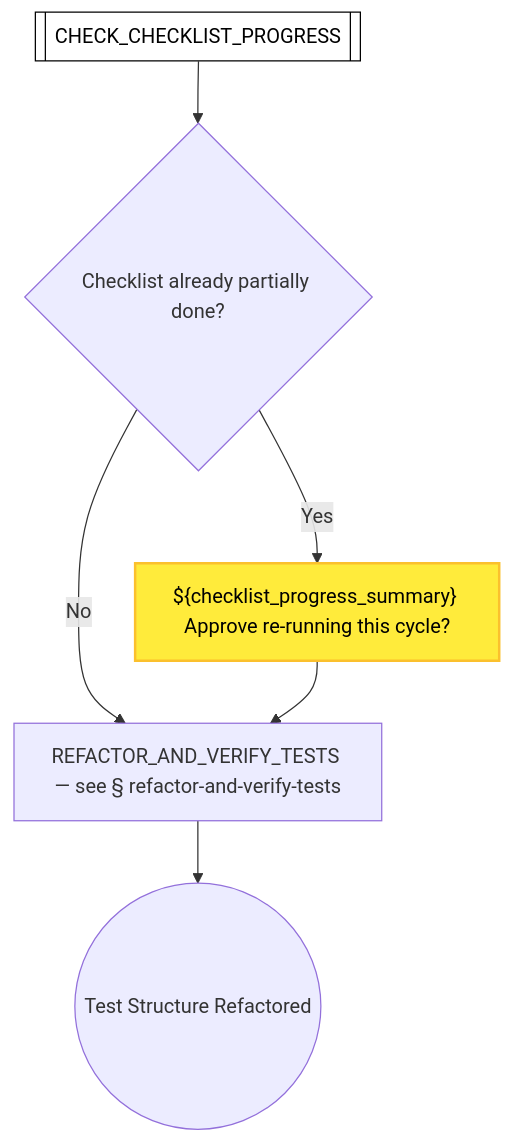
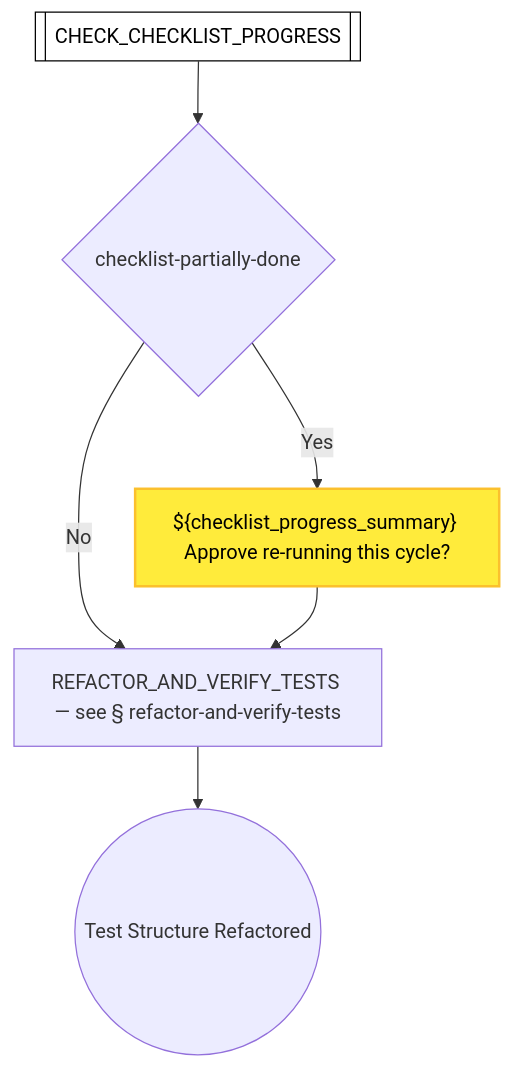
Before and after one commit to optivem/gh-optivem: diagram 12 of 50 in docs/process-diagram.md, drawn with Mermaid. The commit also changed other lines of this file and 3 other files, not shown here.

````diff
--- a/docs/process-diagram.md
+++ b/docs/process-diagram.md
@@ -290,20 +290,20 @@
 ```mermaid
 flowchart TD
     CHECK_CHECKLIST_PROGRESS[[CHECK_CHECKLIST_PROGRESS]]
-    GATE_CHECKLIST_PARTIALLY_DONE{Checklist already partially done?}
+    GATE_CHECKLIST_PARTIALLY_DONE{checklist-partially-done}
     REFACTOR_AND_VERIFY_TESTS[REFACTOR_AND_VERIFY_TESTS — see § refactor-and-verify-tests]
     REFACTOR_TEST_STRUCTURE_END((Test Structure Refactored))
     STOP_CHECKLIST_PARTIALLY_DONE["${checklist_progress_summary} Approve re-running this cycle?"]
 
     CHECK_CHECKLIST_PROGRESS --> GATE_CHECKLIST_PARTIALLY_DONE
     GATE_CHECKLIST_PARTIALLY_DONE -- Yes --> STOP_CHECKLIST_PARTIALLY_DONE
     GATE_CHECKLIST_PARTIALLY_DONE -- No --> REFACTOR_AND_VERIFY_TESTS
     STOP_CHECKLIST_PARTIALLY_DONE --> REFACTOR_AND_VERIFY_TESTS
     REFACTOR_AND_VERIFY_TESTS --> REFACTOR_TEST_STRUCTURE_END
 
     classDef serviceNode fill:#ffffff,stroke:#000000,stroke-width:1px,color:#000000
     class CHECK_CHECKLIST_PROGRESS serviceNode
 
     classDef humanNode fill:#ffeb3b,stroke:#fbc02d,stroke-width:2px,color:#000000
     class STOP_CHECKLIST_PARTIALLY_DONE humanNode
 ```
````
